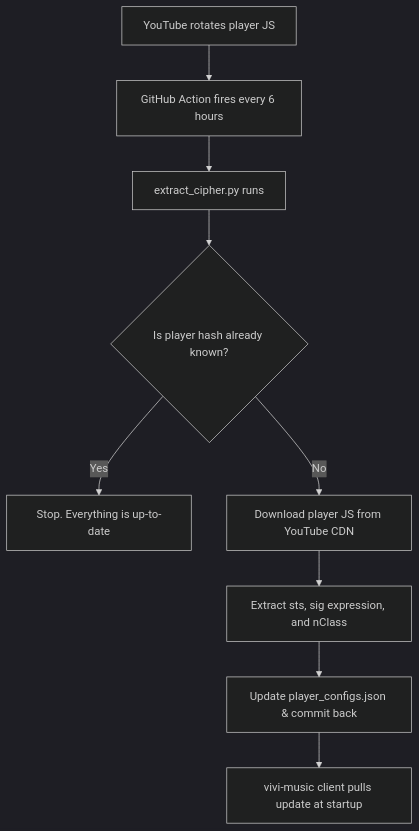
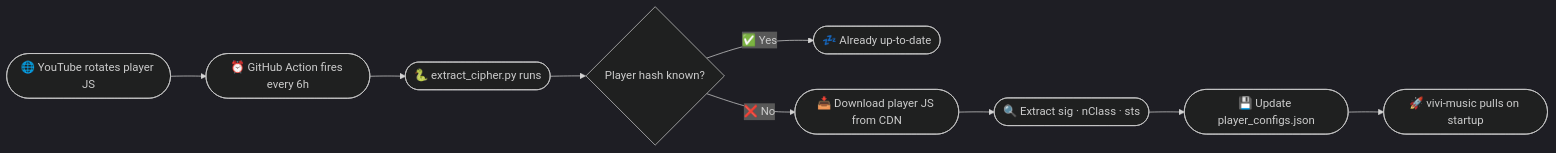
Before and after one commit to ViviMusicGroup/vivi-playerx: the diagram in README.md, drawn with Mermaid (dark theme). The commit also changed other lines of this file, not shown here.

Commit message:
docs: premium README redesign for vivi-playerx

````diff
--- a/README.md
+++ b/README.md
@@ -24,11 +68,11 @@
 ```mermaid
-graph TD
-    A[YouTube rotates player JS] --> B[GitHub Action fires every 6 hours]
-    B --> C[extract_cipher.py runs]
-    C --> D{Is player hash already known?}
-    D -- Yes --> E[Stop. Everything is up-to-date]
-    D -- No --> F[Download player JS from YouTube CDN]
-    F --> G[Extract sts, sig expression, and nClass]
-    G --> H[Update player_configs.json & commit back]
-    H --> I[vivi-music client pulls update at startup]
+graph LR
+    A([🌐 YouTube rotates player JS]) --> B([⏰ GitHub Action fires every 6h])
+    B --> C([🐍 extract_cipher.py runs])
+    C --> D{Player hash known?}
+    D -- ✅ Yes --> E([💤 Already up-to-date])
+    D -- ❌ No --> F([📥 Download player JS from CDN])
+    F --> G([🔍 Extract sig · nClass · sts])
+    G --> H([💾 Update player_configs.json])
+    H --> I([🚀 vivi-music pulls on startup])
 ```
````
